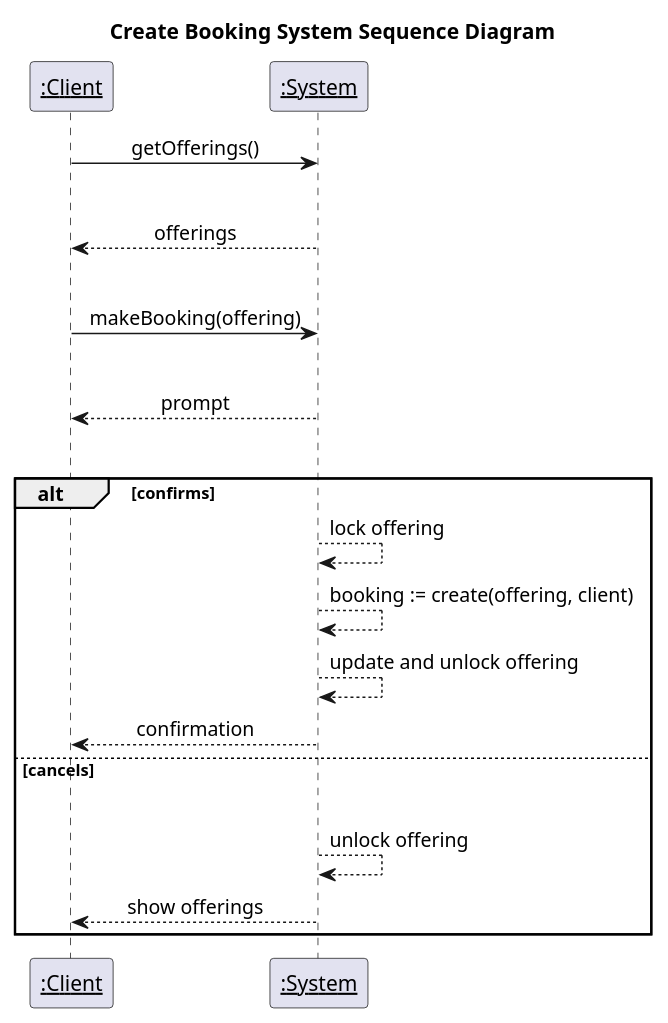
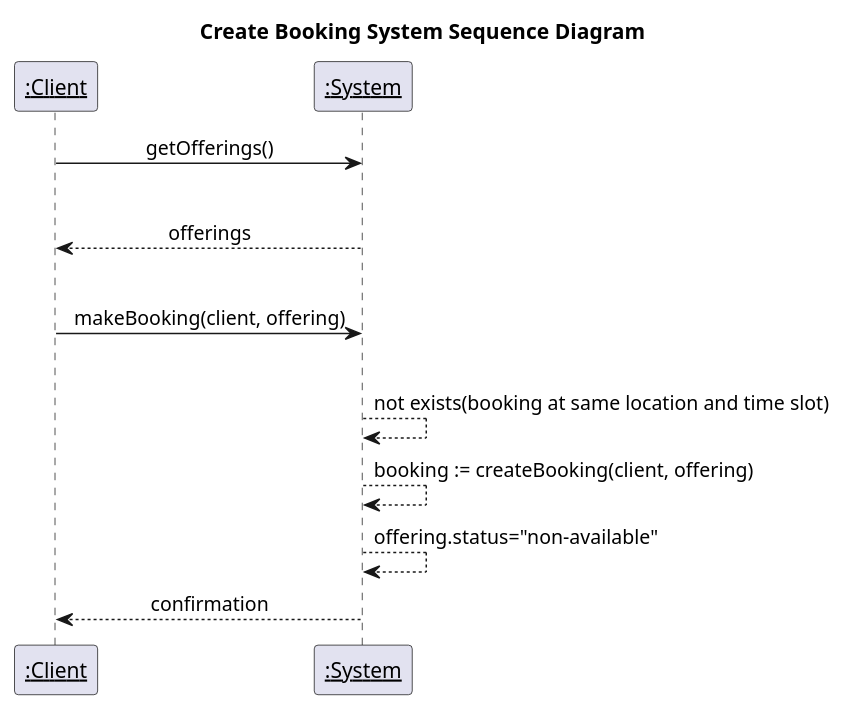
One commit to PrinceOfNothingg/Lesson-Booking-Management-System changed the second of 3 diagrams in deliverables/2024-11-01/booking-system-sequence-diagram.md. Above: the diagram before and after it, drawn with PlantUML. The commit also changed other lines of this file and 29 other files, not shown here.

````diff
--- a/deliverables/2024-11-01/booking-system-sequence-diagram.md
+++ b/deliverables/2024-11-01/booking-system-sequence-diagram.md
@@ -44,33 +44,21 @@
 ``` plantuml
 @startuml
 participant "__:Client__" as actor
 participant "__:System__" as system
-participant "__:System__" as system
-
 
 title Create Booking System Sequence Diagram
 skinparam sequenceMessageAlign center
 
 actor -> system : getOfferings()
 |||
 system --> actor : offerings
 |||
-actor -> system : makeBooking(offering)
+actor -> system : makeBooking(client, offering)
 |||
-system --> actor : prompt
-|||
-alt confirms
-system --> system : lock offering
-system --> system : booking := create(offering, client)
-system --> system : update and unlock offering
+system --> system : not exists(booking at same location and time slot)
 
+system --> system : booking := createBooking(client, offering)
+system --> system : offering.status="non-available"
 system --> actor : confirmation
-else cancels
-|||
-system --> system : unlock offering
-system --> actor : show offerings
-
-end
-
 @enduml
 ```
````
